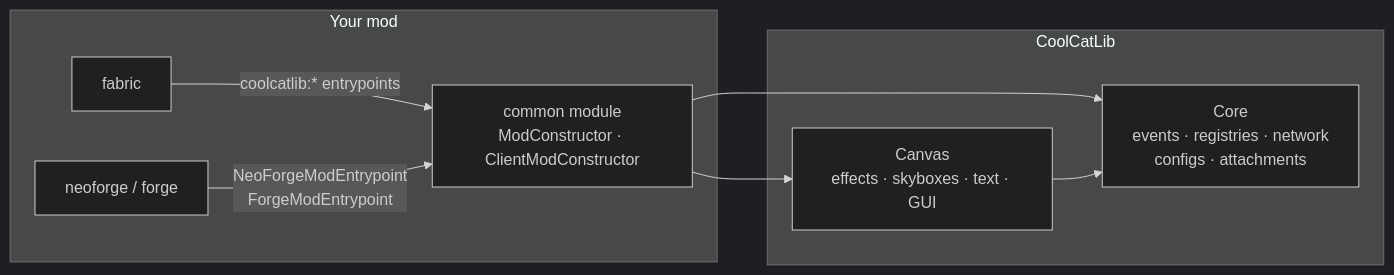
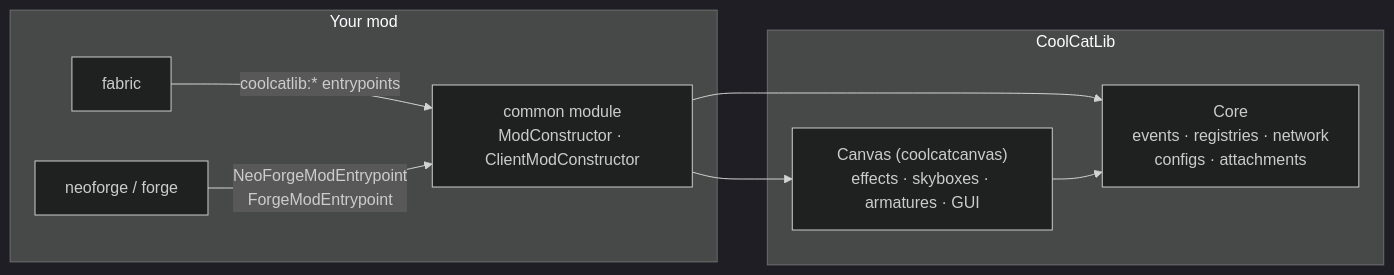
Before and after one commit to ixDarkLorD/CoolCatLib: the diagram in docs/index.md, drawn with Mermaid (dark theme). The commit also changed other lines of this file and 18 other files, not shown here.

Commit message:
Document 9.0.0: Canvas as a nested mod, its moved packages and namespace, ModCommands and the config commands, armatures and block renderers on every version

````diff
--- a/docs/index.md
+++ b/docs/index.md
@@ -151,17 +151,17 @@
 ```mermaid
 flowchart LR
     subgraph YourMod["Your mod"]
         C["common module<br/>ModConstructor · ClientModConstructor"]
         F["fabric"]
         N["neoforge / forge"]
     end
     subgraph CCL["CoolCatLib"]
         CORE["Core<br/>events · registries · network<br/>configs · attachments"]
-        CANVAS["Canvas<br/>effects · skyboxes · text · GUI"]
+        CANVAS["Canvas (coolcatcanvas)<br/>effects · skyboxes · armatures · GUI"]
     end
     F -- "coolcatlib:* entrypoints" --> C
     N -- "NeoForgeModEntrypoint<br/>ForgeModEntrypoint" --> C
     C --> CORE
     C --> CANVAS
     CANVAS --> CORE
 ```
````
